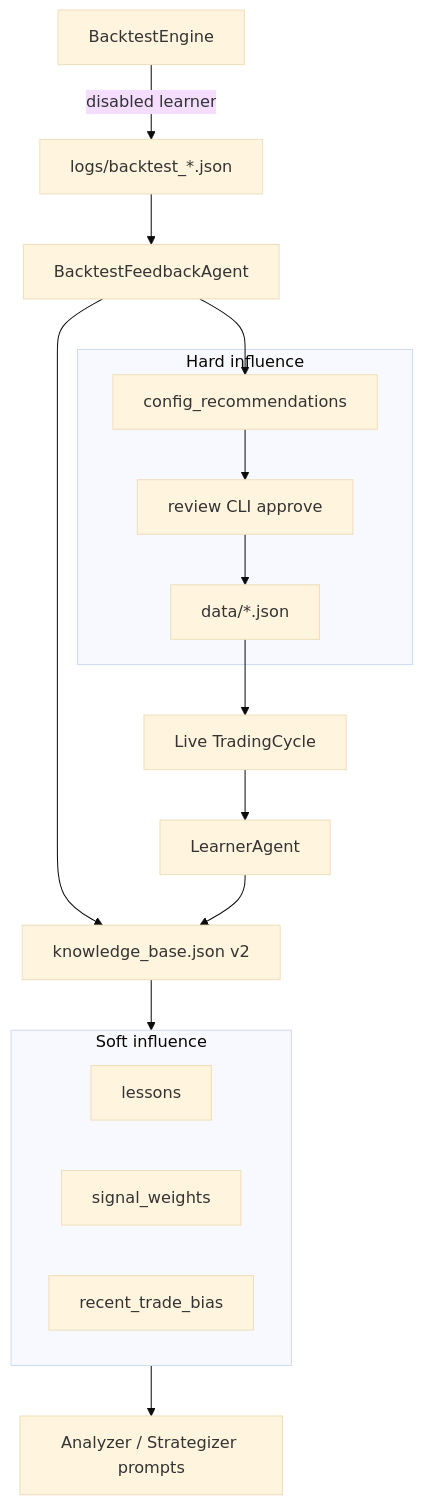
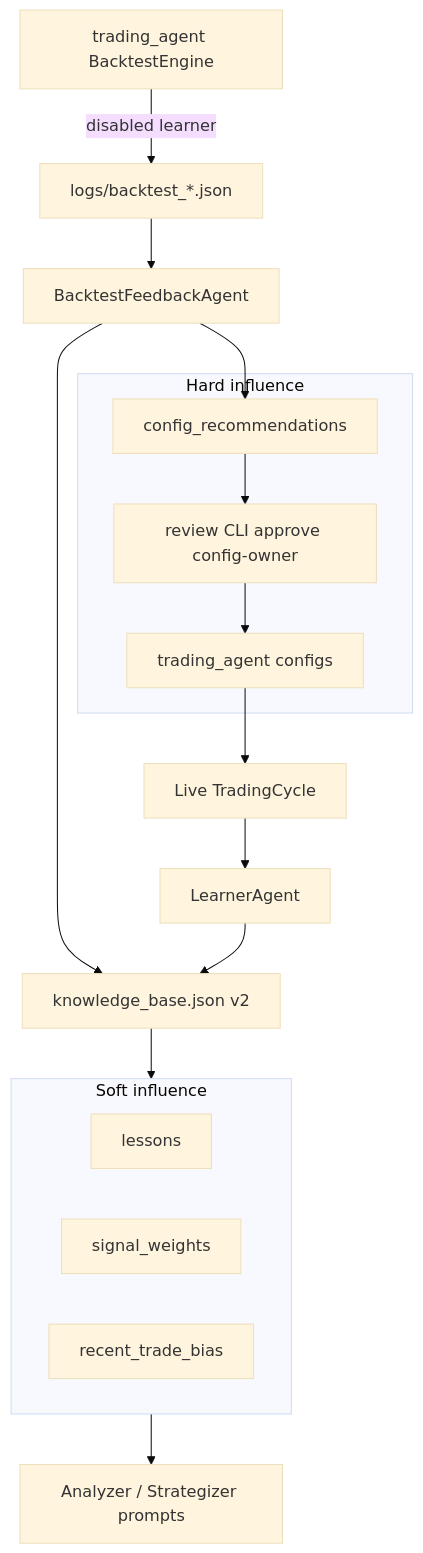
The second of 2 diagrams in docs/agents/learning-loop.md (yetigong/trading-agent), drawn with Mermaid (base theme) before and after one commit. The commit also changed other lines of this file and 15 other files, not shown here.

````diff
--- a/docs/agents/learning-loop.md
+++ b/docs/agents/learning-loop.md
@@ -21,25 +66,25 @@
 ```mermaid
 flowchart TB
     subgraph soft [Soft influence]
         L["lessons"]
         SW["signal_weights"]
         BIAS["recent_trade_bias"]
     end
 
     subgraph hard [Hard influence]
         CR["config_recommendations"]
-        APPROVE["review CLI approve"]
-        CFG["data/*.json"]
+        APPROVE["review CLI approve config-owner"]
+        CFG["trading_agent configs"]
     end
 
-    BT["BacktestEngine"] -->|"disabled learner"| ART["logs/backtest_*.json"]
+    BT["trading_agent BacktestEngine"] -->|"disabled learner"| ART["logs/backtest_*.json"]
     ART --> FB["BacktestFeedbackAgent"]
     FB --> KB["knowledge_base.json v2"]
     LIVE["Live TradingCycle"] --> LR["LearnerAgent"]
     LR --> KB
     KB --> soft
     soft --> MA["Analyzer / Strategizer prompts"]
     FB --> CR
     CR --> APPROVE --> CFG
     CFG --> LIVE
 ```
````
